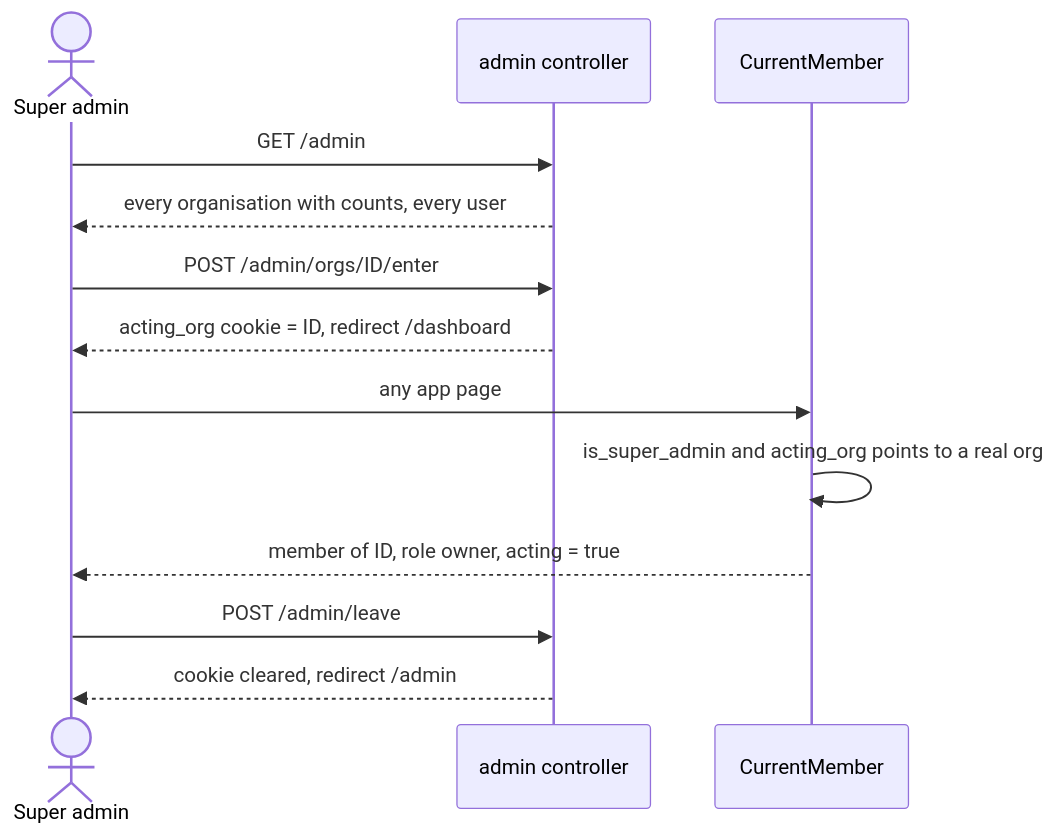
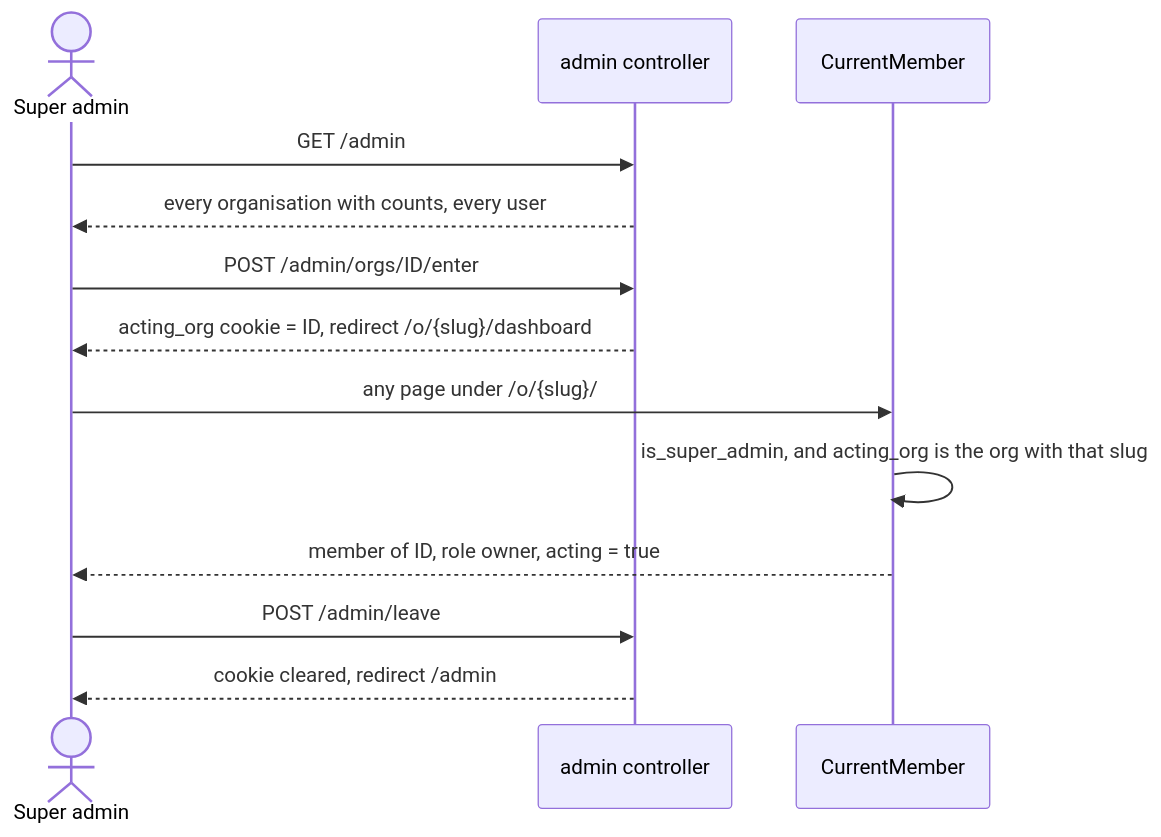
Before and after one commit to rajgurung/collaboration_tool: the diagram in docs/flows/super-admin.md, drawn with Mermaid. The commit also changed other lines of this file and 11 other files, not shown here.

````diff
--- a/docs/flows/super-admin.md
+++ b/docs/flows/super-admin.md
@@ -28,15 +28,15 @@
 ```mermaid
 sequenceDiagram
     actor S as Super admin
     participant Ad as admin controller
     participant CM as CurrentMember
     S->>Ad: GET /admin
     Ad-->>S: every organisation with counts, every user
     S->>Ad: POST /admin/orgs/ID/enter
-    Ad-->>S: acting_org cookie = ID, redirect /dashboard
-    S->>CM: any app page
-    CM->>CM: is_super_admin and acting_org points to a real org
+    Ad-->>S: acting_org cookie = ID, redirect /o/{slug}/dashboard
+    S->>CM: any page under /o/{slug}/
+    CM->>CM: is_super_admin, and acting_org is the org with that slug
     CM-->>S: member of ID, role owner, acting = true
     S->>Ad: POST /admin/leave
     Ad-->>S: cookie cleared, redirect /admin
 ```
````
